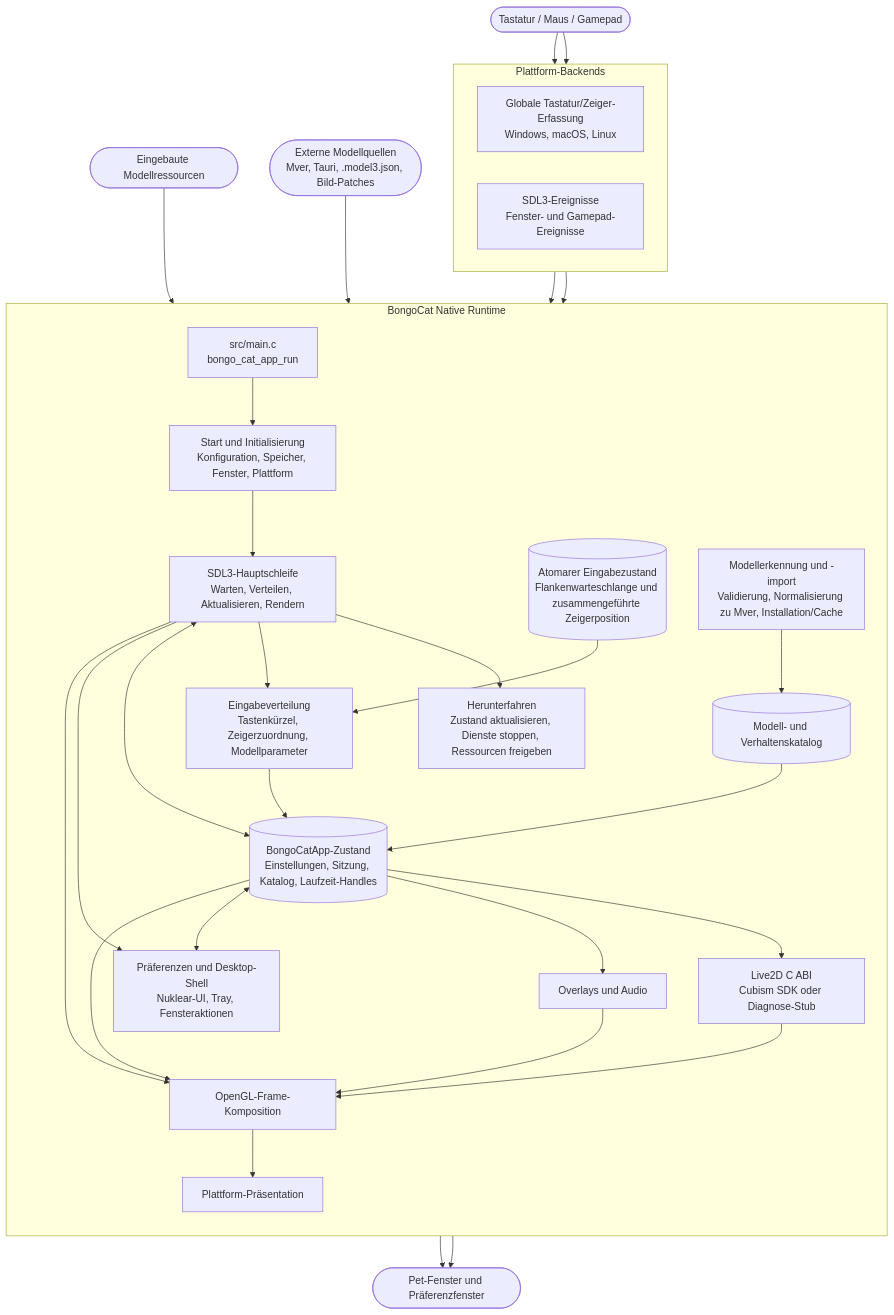
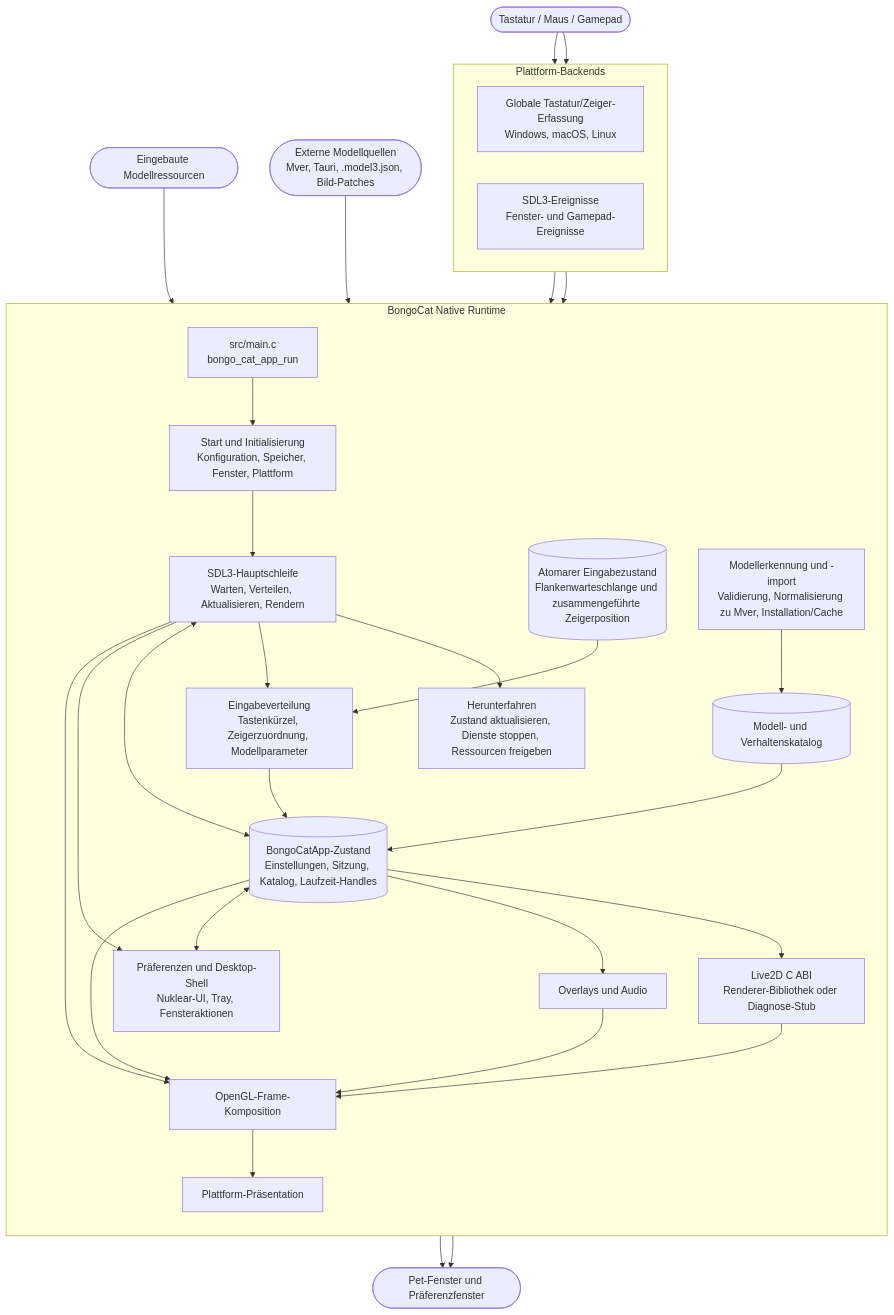
One commit to TianMengLucky/BongoCat-X changed the diagram in docs/README.de-DE.md. Above: the diagram before and after it, drawn with Mermaid. The commit also changed other lines of this file and 62 other files, not shown here.

Commit message:
feat. Live2D SDK but Plugin mode

````diff
--- a/docs/README.de-DE.md
+++ b/docs/README.de-DE.md
@@ -214,49 +227,49 @@
 ```mermaid
 flowchart TB
   Input(["Tastatur / Maus / Gamepad"])
   BuiltIn(["Eingebaute Modellressourcen"])
   Sources(["Externe Modellquellen<br/>Mver, Tauri, .model3.json, Bild-Patches"])
   Desktop(["Pet-Fenster und Präferenzfenster"])
   subgraph Runtime["BongoCat Native Runtime"]
     direction TB
     Entry["src/main.c<br/>bongo_cat_app_run"]
     Startup["Start und Initialisierung<br/>Konfiguration, Speicher, Fenster, Plattform"]
     Loop["SDL3-Hauptschleife<br/>Warten, Verteilen, Aktualisieren, Rendern"]
     Shutdown["Herunterfahren<br/>Zustand aktualisieren, Dienste stoppen, Ressourcen freigeben"]
     InputQueue[("Atomarer Eingabezustand<br/>Flankenwarteschlange und zusammengeführte Zeigerposition")]
     InputDispatch["Eingabeverteilung<br/>Tastenkürzel, Zeigerzuordnung, Modellparameter"]
     State[("BongoCatApp-Zustand<br/>Einstellungen, Sitzung, Katalog, Laufzeit-Handles")]
     Import["Modellerkennung und -import<br/>Validierung, Normalisierung zu Mver, Installation/Cache"]
     Catalog[("Modell- und Verhaltenskatalog")]
-    Live2D["Live2D C ABI<br/>Cubism SDK oder Diagnose-Stub"]
+    Live2D["Live2D C ABI<br/>Renderer-Bibliothek oder Diagnose-Stub"]
     Overlay["Overlays und Audio"]
     Preferences["Präferenzen und Desktop-Shell<br/>Nuklear-UI, Tray, Fensteraktionen"]
     Compose["OpenGL-Frame-Komposition"]
     Present["Plattform-Präsentation"]
     Entry --> Startup --> Loop
     Loop --> Shutdown
     Loop --> InputDispatch --> State
     Loop <--> State
     State --> Live2D
     State --> Overlay
     State <--> Preferences
     Loop --> Preferences
     Catalog --> State
     State --> Compose
     Live2D --> Compose
     Overlay --> Compose
     Compose --> Present
     Loop --> Compose
   end
   subgraph Platform["Plattform-Backends"]
     direction LR
     Global["Globale Tastatur/Zeiger-Erfassung<br/>Windows, macOS, Linux"]
     SDL["SDL3-Ereignisse<br/>Fenster- und Gamepad-Ereignisse"]
   end
   Input --> Global --> InputQueue --> InputDispatch
   Input --> SDL --> Loop
   BuiltIn --> Catalog
   Sources --> Import --> Catalog
   Present --> Desktop
   Preferences --> Desktop
 ```
````
